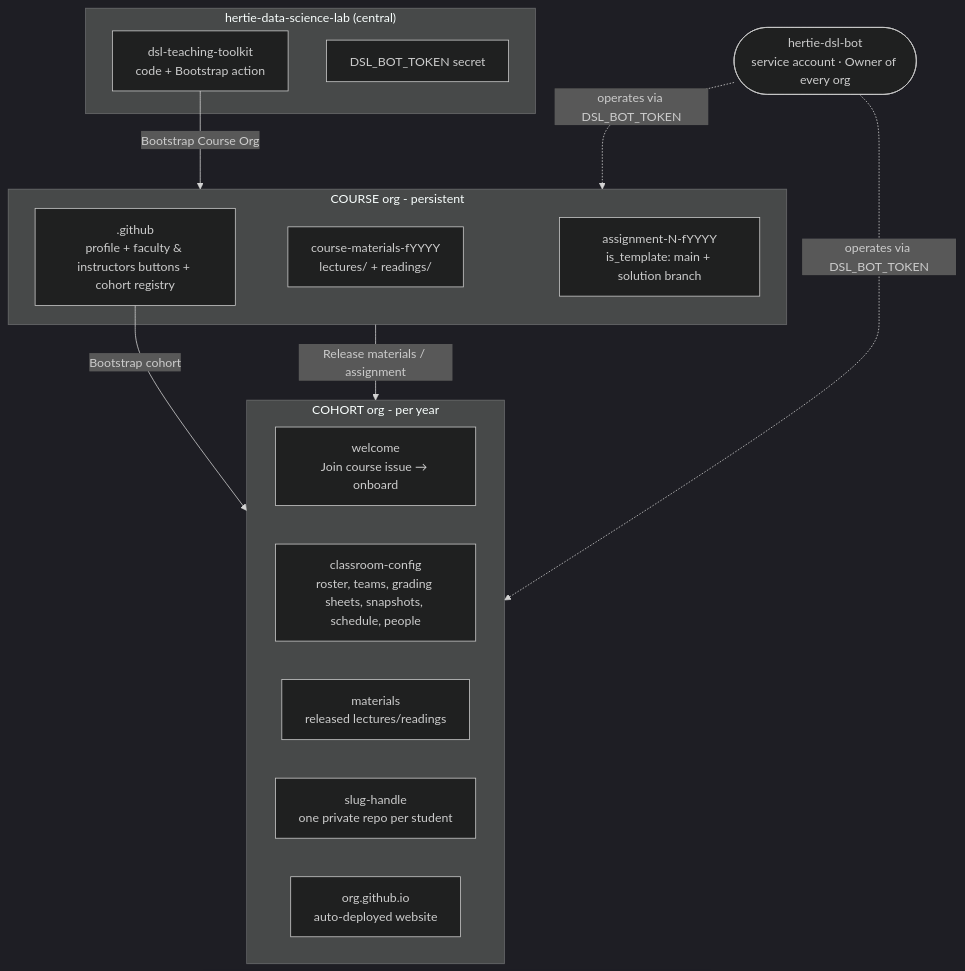
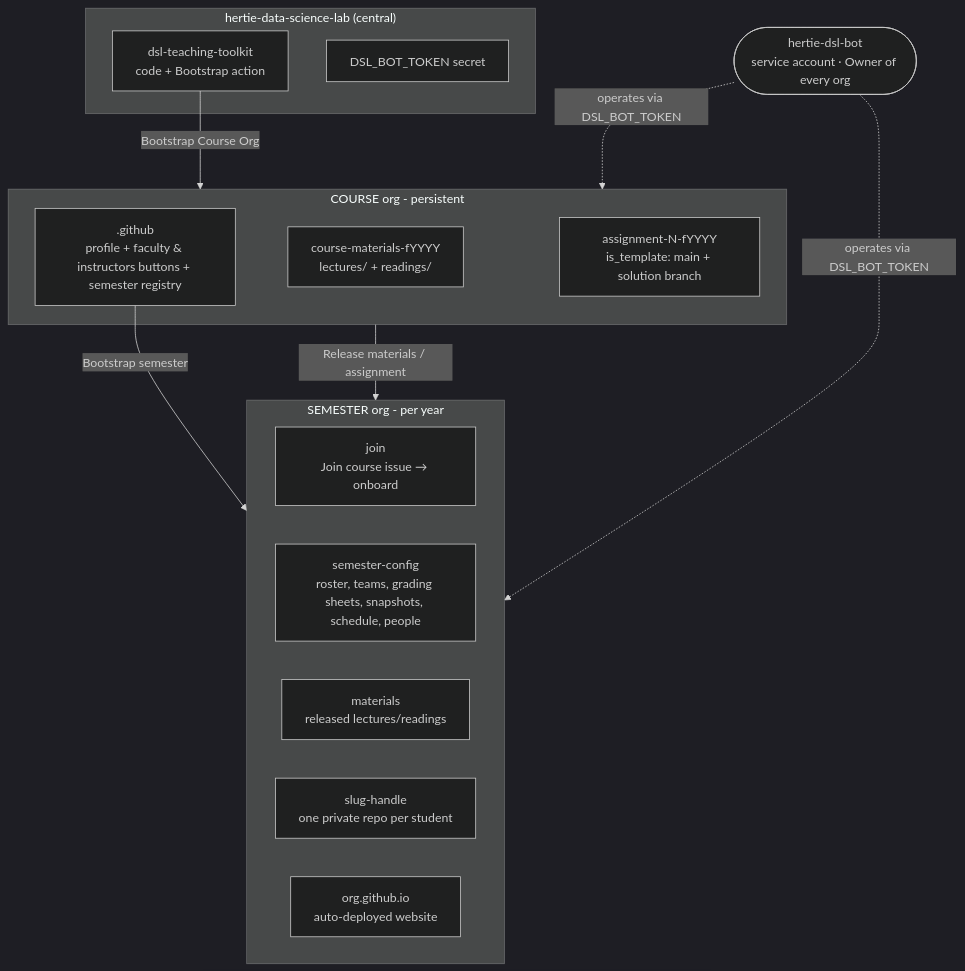
Before and after one commit to hertie-data-science-lab/dsl-teaching-toolkit: the first of 10 diagrams in docs-admin-arch/architecture.md, drawn with Mermaid (dark theme). The commit also changed other lines of this file and 290 other files, not shown here.

````diff
--- a/docs-admin-arch/architecture.md
+++ b/docs-admin-arch/architecture.md
@@ -34,35 +34,35 @@
 ```mermaid
 flowchart TB
   subgraph central["hertie-data-science-lab (central)"]
     repo["`dsl-teaching-toolkit
 code + Bootstrap action`"]
     sec["DSL_BOT_TOKEN secret"]
   end
   bot(["`hertie-dsl-bot
 service account · Owner of every org`"])
   subgraph course["COURSE org - persistent"]
     cg["`.github
-profile + faculty & instructors buttons + cohort registry`"]
+profile + faculty & instructors buttons + semester registry`"]
     mat["`course-materials-fYYYY
 lectures/ + readings/`"]
     asg["`assignment-N-fYYYY
 is_template: main + solution branch`"]
   end
-  subgraph cohort["COHORT org - per year"]
-    wel["`welcome
+  subgraph semester["SEMESTER org - per year"]
+    wel["`join
 Join course issue → onboard`"]
-    ros["`classroom-config
+    ros["`semester-config
 roster, teams, grading sheets, snapshots, schedule, people`"]
     cmat["`materials
 released lectures/readings`"]
     stu["`slug-handle
 one private repo per student`"]
     site["`org.github.io
 auto-deployed website`"]
   end
   repo -->|"Bootstrap Course Org"| course
-  cg -->|"Bootstrap cohort"| cohort
-  course -->|"Release materials / assignment"| cohort
+  cg -->|"Bootstrap semester"| semester
+  course -->|"Release materials / assignment"| semester
   bot -.->|"operates via DSL_BOT_TOKEN"| course
-  bot -.->|"operates via DSL_BOT_TOKEN"| cohort
+  bot -.->|"operates via DSL_BOT_TOKEN"| semester
 ```
````
